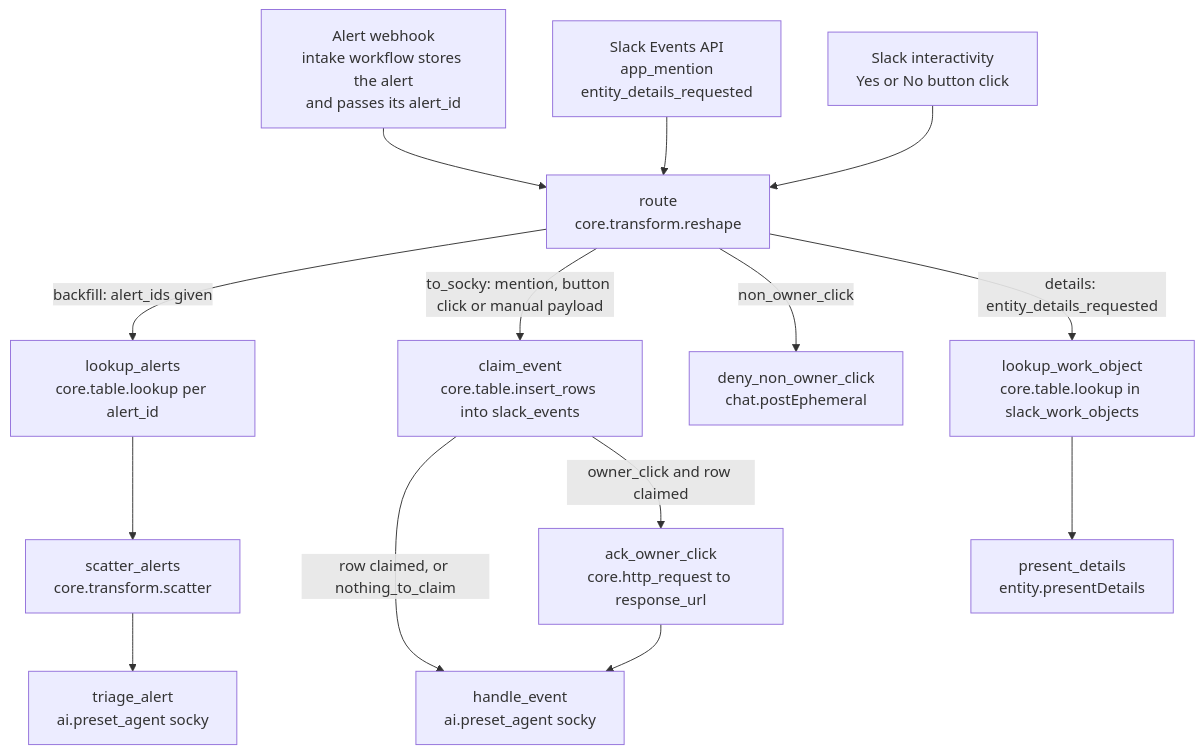
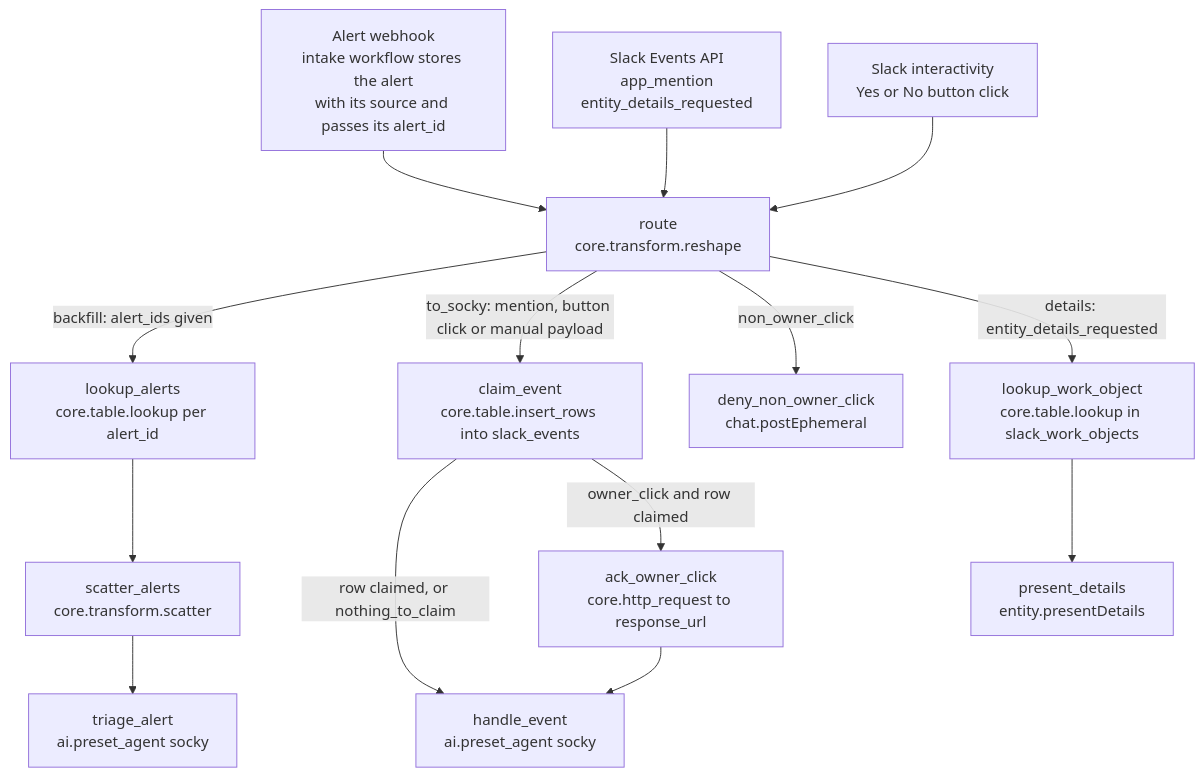
The diagram in examples/001-distributed-alerting/workflow.md (TracecatHQ/tracecat), drawn with Mermaid before and after one commit. The commit also changed other lines of this file and 8 other files, not shown here.

````diff
--- a/examples/001-distributed-alerting/workflow.md
+++ b/examples/001-distributed-alerting/workflow.md
@@ -9,26 +9,26 @@
 ```mermaid
 flowchart TD
-    t_alert["Alert webhook<br/>intake workflow stores the alert<br/>and passes its alert_id"]
+    t_alert["Alert webhook<br/>intake workflow stores the alert<br/>with its source and passes its alert_id"]
     t_events["Slack Events API<br/>app_mention<br/>entity_details_requested"]
     t_click["Slack interactivity<br/>Yes or No button click"]
 
     route["route<br/>core.transform.reshape"]
 
     t_alert --> route
     t_events --> route
     t_click --> route
 
     route -->|"backfill: alert_ids given"| lookup_alerts["lookup_alerts<br/>core.table.lookup per alert_id"]
     lookup_alerts --> scatter_alerts["scatter_alerts<br/>core.transform.scatter"]
     scatter_alerts --> triage_alert["triage_alert<br/>ai.preset_agent socky"]
 
     route -->|"to_socky: mention, button click or manual payload"| claim_event["claim_event<br/>core.table.insert_rows into slack_events"]
     claim_event -->|"row claimed, or nothing_to_claim"| handle_event["handle_event<br/>ai.preset_agent socky"]
 
     claim_event -->|"owner_click and row claimed"| ack_owner_click["ack_owner_click<br/>core.http_request to response_url"]
     ack_owner_click --> handle_event
     route -->|"non_owner_click"| deny_non_owner_click["deny_non_owner_click<br/>chat.postEphemeral"]
 
     route -->|"details: entity_details_requested"| lookup_work_object["lookup_work_object<br/>core.table.lookup in slack_work_objects"]
     lookup_work_object --> present_details["present_details<br/>entity.presentDetails"]
 ```
````
